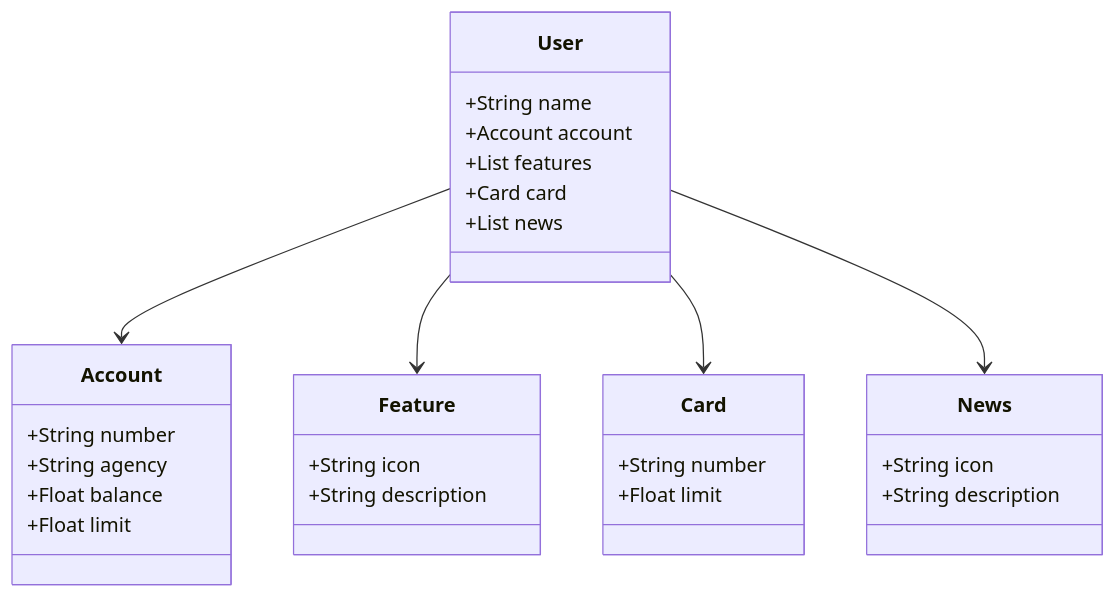
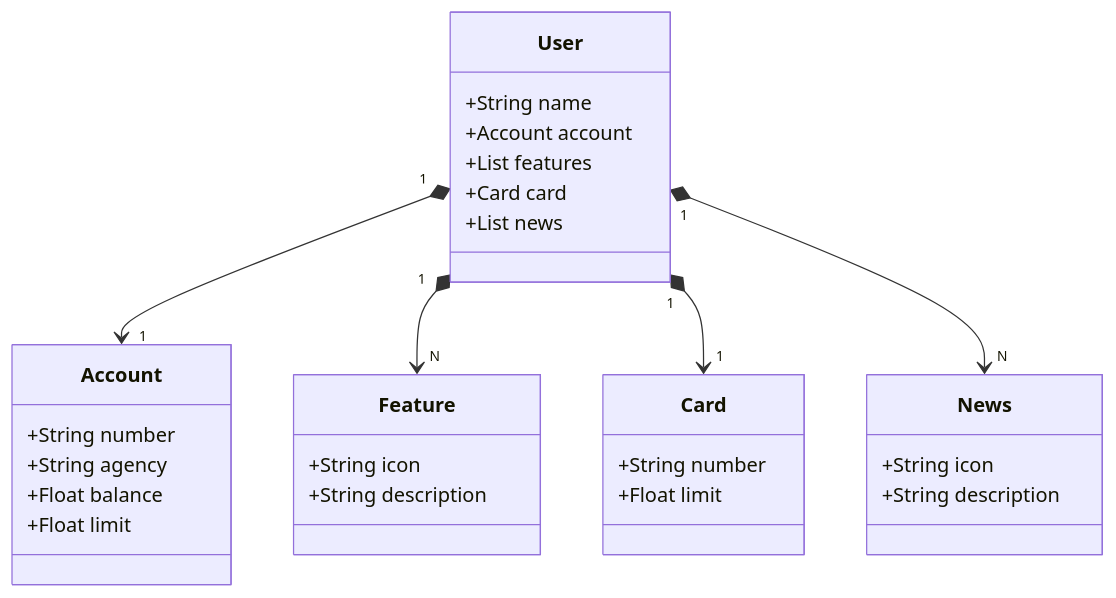
The diagram in README.md (sandro-sa/claro-bootcamp), drawn with Mermaid before and after one commit.

Commit message:
Atualizando Readme relacoes

`````diff
--- a/README.md
+++ b/README.md
@@ -74,37 +74,37 @@
 ````mermaid
 classDiagram
     class User {
         +String name
         +Account account
         +List<Feature> features
         +Card card
         +List<News> news
     }
 
     class Account {
         +String number
         +String agency
         +Float balance
         +Float limit
     }
 
     class Feature {
         +String icon
         +String description
     }
 
     class Card {
         +String number
         +Float limit
     }
 
     class News {
         +String icon
         +String description
     }
 
-    User --> Account
-    User --> Feature
-    User --> Card
-    User --> News
+    User "1" *--> "1" Account
+    User "1" *--> "N" Feature
+    User "1" *--> "1" Card
+    User "1" *--> "N" News
 ````
`````
